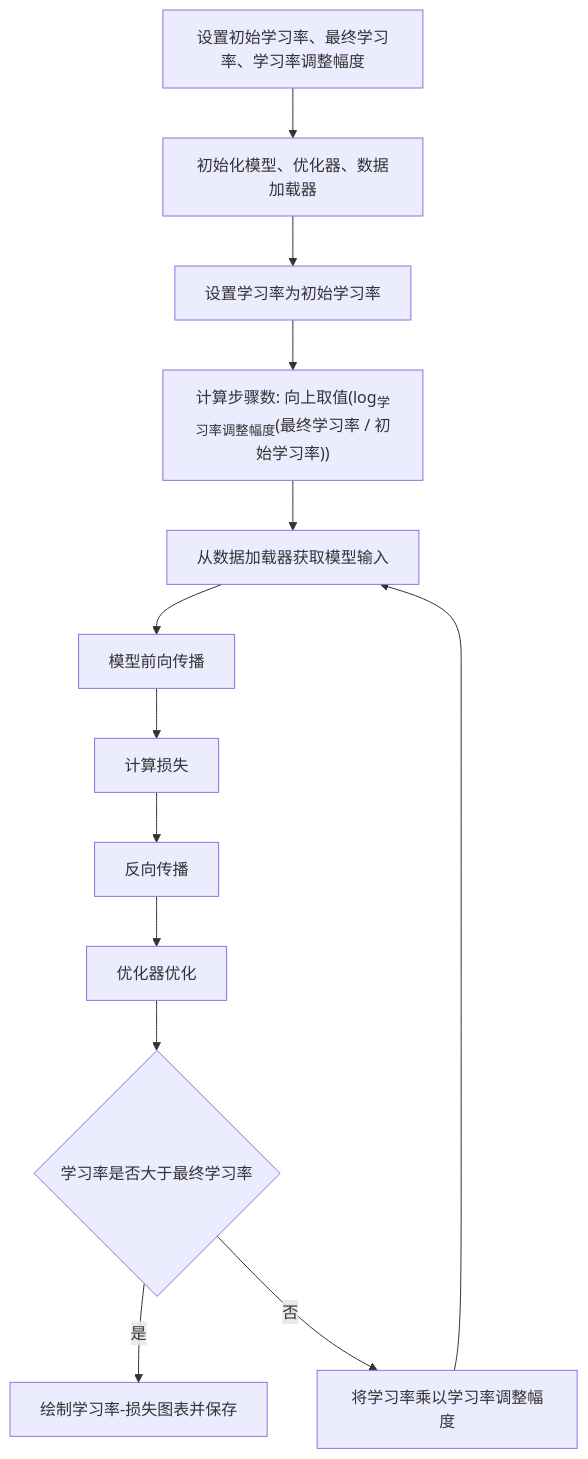
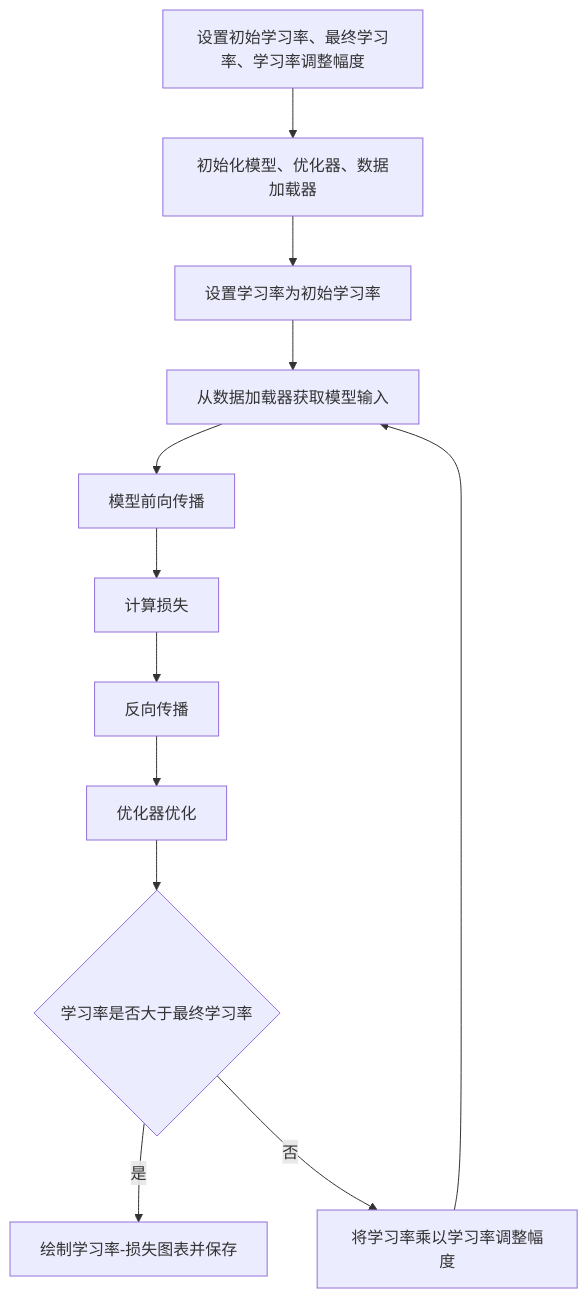
The third of 3 diagrams in README.md (thiliapr/tkaimidi), drawn with Mermaid before and after one commit.

Commit message:
delete an unused thing

````diff
--- a/README.md
+++ b/README.md
@@ -38,6 +38,6 @@
 ```mermaid
 graph TD
-    InitUserArgs[设置初始学习率、最终学习率、学习率调整幅度] --> Init[初始化模型、优化器、数据加载器] --> SettingInitLR[设置学习率为初始学习率] --> CalcSteps["计算步骤数: 向上取值(log<sub>学习率调整幅度</sub>(最终学习率 / 初始学习率))"] --> GetInputFromDataLoader[从数据加载器获取模型输入] --> ModelForward[模型前向传播] --> CallLoss[计算损失] --> Backward[反向传播] --> OptimizerStep[优化器优化] --> CurrentLRCheck{学习率是否大于最终学习率}
+    InitUserArgs[设置初始学习率、最终学习率、学习率调整幅度] --> Init[初始化模型、优化器、数据加载器] --> SettingInitLR[设置学习率为初始学习率] --> GetInputFromDataLoader[从数据加载器获取模型输入] --> ModelForward[模型前向传播] --> CallLoss[计算损失] --> Backward[反向传播] --> OptimizerStep[优化器优化] --> CurrentLRCheck{学习率是否大于最终学习率}
     CurrentLRCheck -->|是| PlotAndSave[绘制学习率-损失图表并保存]
     CurrentLRCheck -->|否| SettingLR[将学习率乘以学习率调整幅度] --> GetInputFromDataLoader
 ```
````
